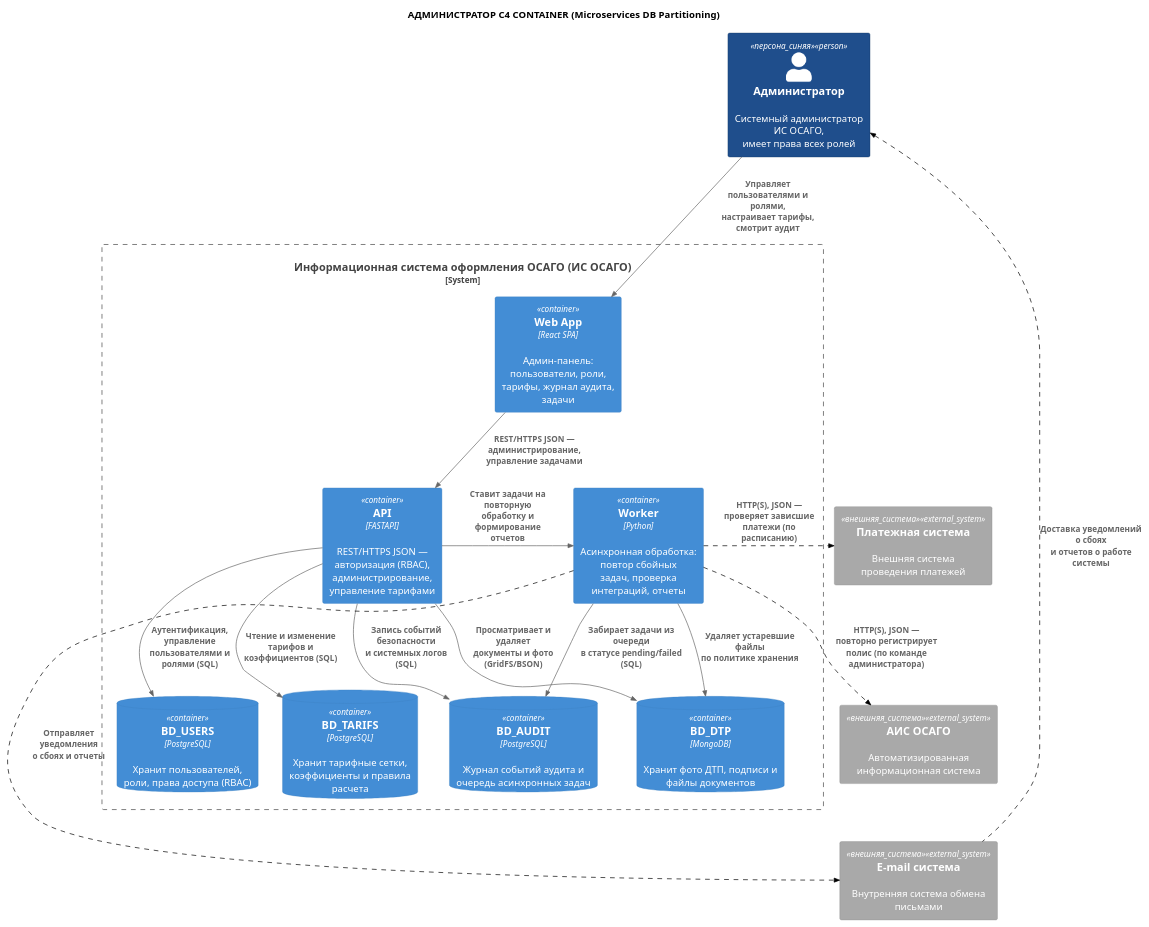
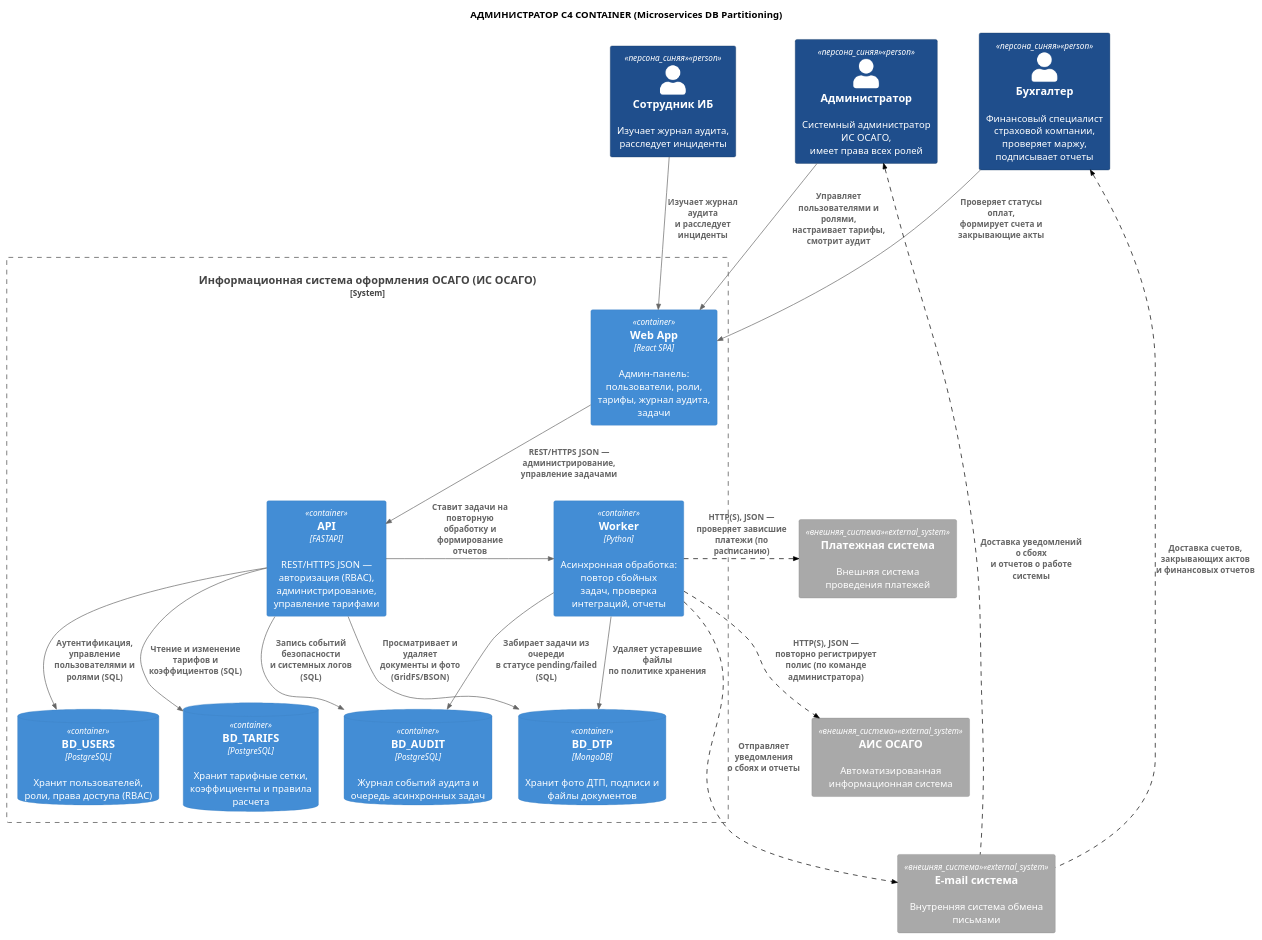
One commit to ElectricLight-ELO/Insurance-system changed the diagram in docs_and_diagrams/Amelia/container.puml. Above: the diagram before and after it, drawn with PlantUML.

Commit message:
edit admin c4 container

```diff
--- a/docs_and_diagrams/Amelia/container.puml
+++ b/docs_and_diagrams/Amelia/container.puml
@@ -1,67 +1,79 @@
 @startuml
 !include https://raw.githubusercontent.com/plantuml-stdlib/C4-PlantUML/master/C4_Container.puml
 
 title АДМИНИСТРАТОР C4 CONTAINER (Microservices DB Partitioning)
 
 ' === НАСТРОЙКА ЦВЕТОВ ===
 AddSystemTag("внешняя_система", $bgColor="#A9A9A9", $borderColor="#8A8A8A", $fontColor="#FFFFFF")
 AddPersonTag("сотрудник", $bgColor="#438DD5", $borderColor="#316CA5", $fontColor="#FFFFFF")
 AddRelTag("пунктир", $lineStyle = DashedLine(), $lineColor = "#000000")
 AddPersonTag("персона_синяя", $bgColor="#1F4E8C", $borderColor="#143560", $fontColor="#FFFFFF")
 
 ' === ЭЛЕМЕНТЫ ===
 
 Person(admin, "Администратор", "Системный администратор ИС ОСАГО,\nимеет права всех ролей", $tags="персона_синяя")
+Person(accountant, "Бухгалтер", "Финансовый специалист страховой компании,\nпроверяет маржу, подписывает отчеты", $tags="персона_синяя")
+Person(auditor, "Сотрудник ИБ", "Изучает журнал аудита,\nрасследует инциденты", $tags="персона_синяя")
 
 System_Boundary(osago_service, "Информационная система оформления ОСАГО (ИС ОСАГО)") {
 
     Container(web_app, "Web App", "React SPA", "Админ-панель: пользователи, роли,\nтарифы, журнал аудита, задачи")
 
     Container(api, "API", "FASTAPI", "REST/HTTPS JSON — авторизация (RBAC),\nадминистрирование, управление тарифами")
 
     ' === РАЗДЕЛЕННЫЕ БАЗЫ ДАННЫХ ===
     ContainerDb(db_users, "BD_USERS", "PostgreSQL", "Хранит пользователей, роли, права доступа (RBAC)")
     ContainerDb(db_tarifs, "BD_TARIFS", "PostgreSQL", "Хранит тарифные сетки, коэффициенты и правила расчета")
     ContainerDb(db_audit, "BD_AUDIT", "PostgreSQL", "Журнал событий аудита и очередь асинхронных задач")
     ContainerDb(object_storage, "BD_DTP", "MongoDB", "Хранит фото ДТП, подписи и файлы документов")
 
     Container(worker, "Worker", "Python", "Асинхронная обработка: повтор сбойных\nзадач, проверка интеграций, отчеты")
 }
 
 ' Внешние системы (серые, внизу)
 System_Ext(payment_sys, "Платежная система", "Внешняя система проведения платежей", $tags="внешняя_система")
 System_Ext(email_sys, "E-mail система", "Внутренняя система обмена письмами", $tags="внешняя_система")
 System_Ext(ais_osago, "АИС ОСАГО", "Автоматизированная информационная система", $tags="внешняя_система")
 
 ' === СВЯЗИ ===
 
-' Пользователь -> Frontend -> Backend
+' Сотрудники -> Админ-панель
 Rel_D(admin, web_app, "Управляет пользователями и ролями,\nнастраивает тарифы, смотрит аудит")
+Rel_D(accountant, web_app, "Проверяет статусы оплат,\nформирует счета и закрывающие акты")
+Rel_D(auditor, web_app, "Изучает журнал аудита\nи расследует инциденты")
+
+' Web App -> API
 Rel_D(web_app, api, "REST/HTTPS JSON — администрирование,\nуправление задачами")
 
 ' API -> Разделенные базы данных
 Rel(api, db_users, "Аутентификация, управление\nпользователями и ролями (SQL)")
 Rel(api, db_tarifs, "Чтение и изменение\nтарифов и коэффициентов (SQL)")
 Rel(api, db_audit, "Запись событий безопасности\nи системных логов (SQL)")
 Rel_D(api, object_storage, "Просматривает и удаляет\nдокументы и фото (GridFS/BSON)")
 
 ' API -> Worker
 Rel_R(api, worker, "Ставит задачи на повторную\nобработку и формирование отчетов")
 
 ' Worker -> Базы данных
 Rel(worker, db_audit, "Забирает задачи из очереди\nв статусе pending/failed (SQL)")
 Rel(worker, object_storage, "Удаляет устаревшие файлы\nпо политике хранения")
 
 ' Worker -> внешние системы
 Rel_R(worker, payment_sys, "HTTP(S), JSON — проверяет зависшие\nплатежи (по расписанию)", $tags="пунктир")
 Rel_R(worker, ais_osago, "HTTP(S), JSON — повторно регистрирует\nполис (по команде администратора)", $tags="пунктир")
 Rel_R(worker, email_sys, "Отправляет уведомления\nо сбоях и отчеты", $tags="пунктир")
 
-' E-mail система -> Администратор
+' E-mail система -> получатели (пунктир)
 Rel_U(email_sys, admin, "Доставка уведомлений о сбоях\nи отчетов о работе системы", $tags="пунктир")
+Rel_U(email_sys, accountant, "Доставка счетов, закрывающих актов\nи финансовых отчетов", $tags="пунктир")
 
 ' === УПРАВЛЕНИЕ LAYOUT ===
+' Сотрудники сверху в ряд
+auditor -[hidden]right- admin
+admin -[hidden]right- accountant
+
+' Внешние системы снизу столбиком
 Lay_D(payment_sys, ais_osago)
 Lay_D(ais_osago, email_sys)
 
 @enduml
```
